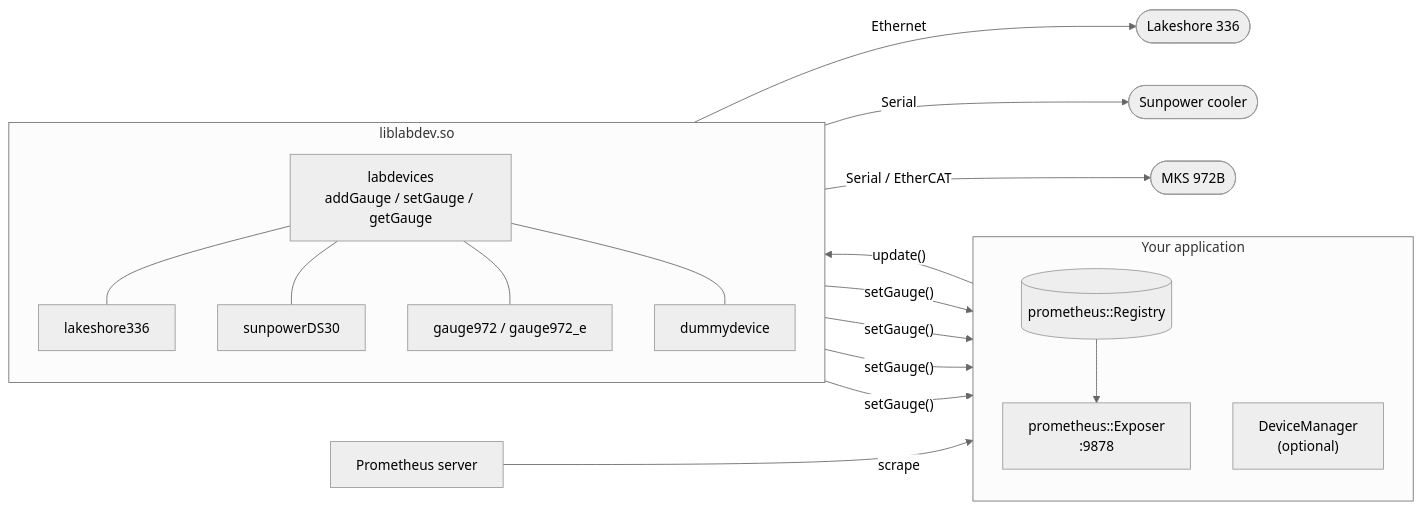
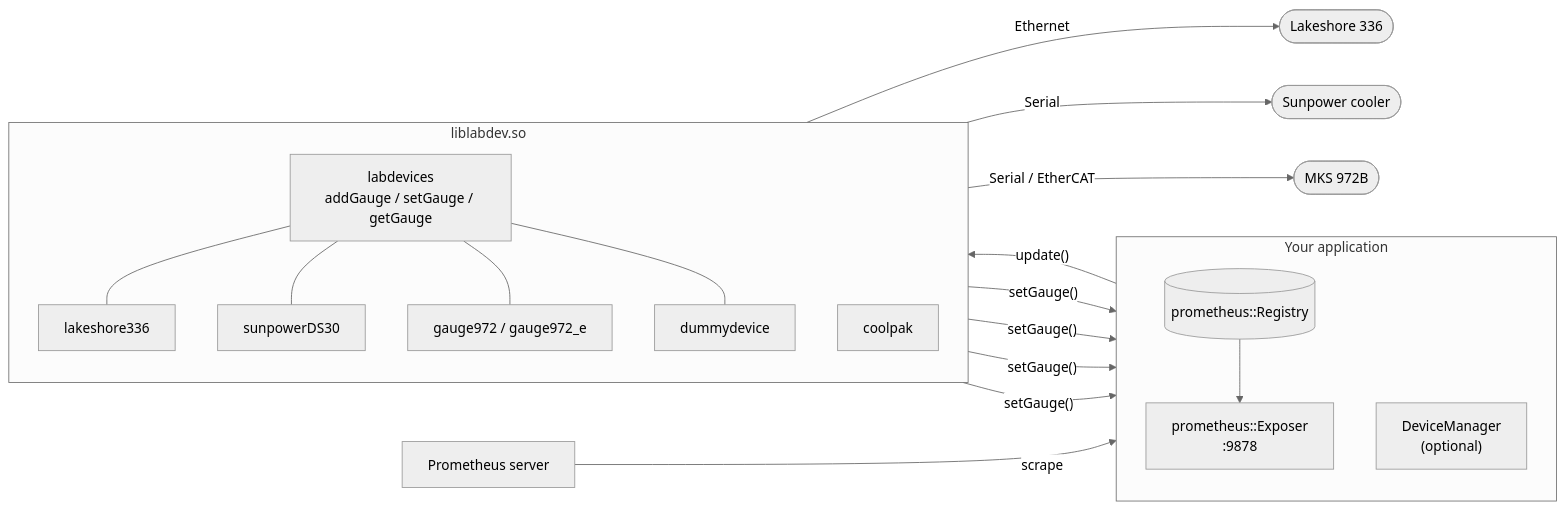
The first of 3 diagrams in README.md (espressjo/liblabdev), drawn with Mermaid (neutral theme) before and after one commit. The commit also changed other lines of this file and 1 other file, not shown here.

````diff
--- a/README.md
+++ b/README.md
@@ -66,32 +69,33 @@
 ```mermaid
 flowchart LR
     subgraph app["Your application"]
         direction TB
         REG[("prometheus::Registry")]
         EXP["prometheus::Exposer<br/>:9878"]
         DM["DeviceManager<br/>(optional)"]
     end
 
     subgraph lib["liblabdev.so"]
         direction TB
         BASE["labdevices<br/>addGauge / setGauge / getGauge"]
         D1["lakeshore336"]
         D2["sunpowerDS30"]
         D3["gauge972 / gauge972_e"]
+        D5["coolpak"]
         D4["dummydevice"]
     end
 
     HW1(["Lakeshore 336"])
     HW2(["Sunpower cooler"])
     HW3(["MKS 972B"])
     P["Prometheus server"]
 
     DM -- "update()" --> BASE
     BASE --- D1 & D2 & D3 & D4
     D1 -- Ethernet --> HW1
     D2 -- Serial --> HW2
     D3 -- "Serial / EtherCAT" --> HW3
     D1 & D2 & D3 & D4 -- "setGauge()" --> REG
     REG --> EXP
     P -- scrape --> EXP
 ```
````
